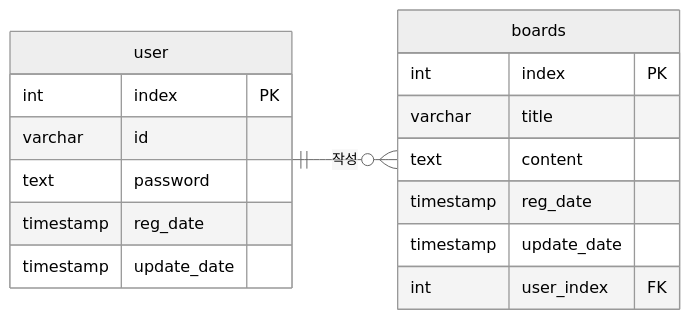
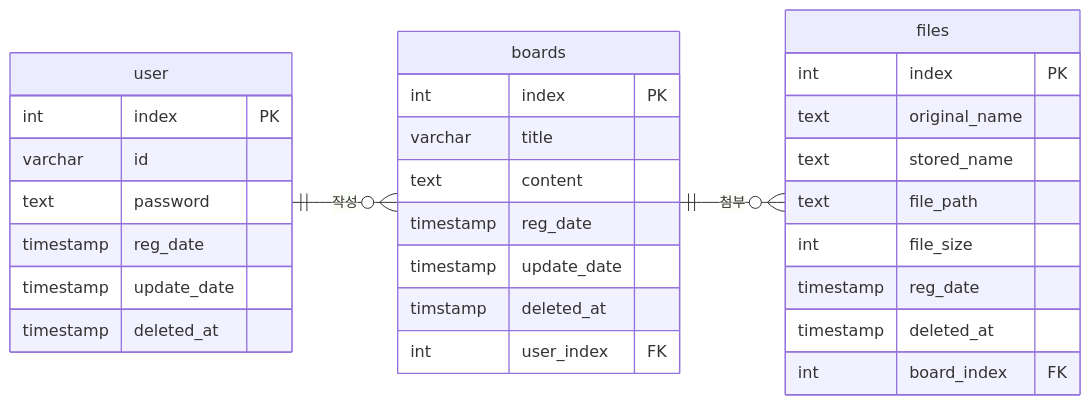
Before and after one commit to Tae-Geon-Kim/FastAPI-Community-Backend: the diagram in docs/db_table.md, drawn with Mermaid.

Commit message:
docs: db table 변경으로 인한사항 반영

````diff
--- a/docs/db_table.md
+++ b/docs/db_table.md
@@ -1,23 +1,36 @@
 ```mermaid
-%%{init: {"theme": "neutral", "cssStyles": ".er.relationshipLabelBox { fill: white !important; fill-opacity: 1 !important; stroke: none !important; } .er.relationshipLabel { fill: black !important; }"}}%%
 erDiagram
     direction LR
-	user {
-		int index PK ""
-		varchar id  ""  
-		text password  ""  
-		timestamp reg_date  ""  
-		timestamp update_date  ""  
-	}
+    user {
+        int index PK ""  
+        varchar id  ""  
+        text password  ""  
+        timestamp reg_date  ""  
+        timestamp update_date  ""  
+        timestamp deleted_at  ""  
+    }
 
-	boards {
-		int index PK ""  
-		varchar title  ""  
-		text content  ""  
-		timestamp reg_date  ""  
-		timestamp update_date  ""
-		int user_index FK ""
-	}
+    boards {
+        int index PK ""  
+        varchar title  ""  
+        text content  ""  
+        timestamp reg_date  ""  
+        timestamp update_date  ""  
+        timstamp deleted_at  ""  
+        int user_index FK ""  
+    }
 
-	user||--o{boards: "작성"
+    files {
+        int index PK ""  
+        text original_name  ""  
+        text stored_name  ""  
+        text file_path  ""  
+        int file_size  ""  
+        timestamp reg_date  ""  
+        timestamp deleted_at  ""  
+        int board_index FK ""  
+    }
+
+    user||--o{boards:"작성"
+    boards||--o{files: "첨부"
 ```
````
